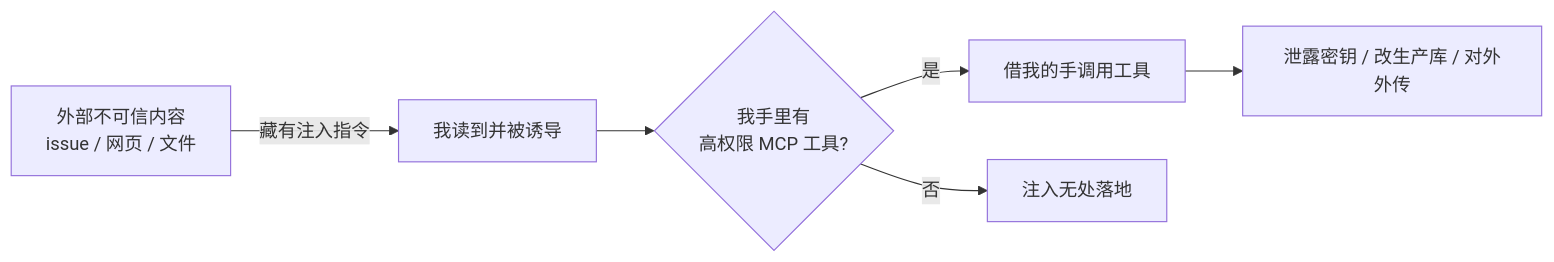
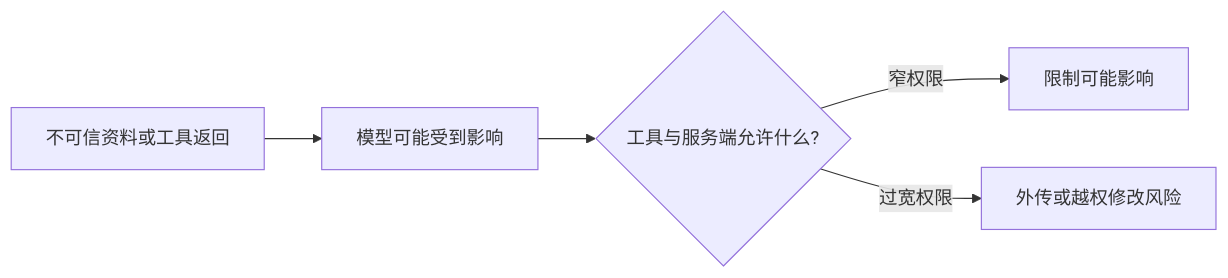
One commit to XuebinMa/AIWiki changed the diagram in docs/00-setup-collaboration/mcp-over-access.mdx. Above: the diagram before and after it, drawn with Mermaid. The commit also changed other lines of this file and 325 other files, not shown here.

````diff
--- a/docs/00-setup-collaboration/mcp-over-access.mdx
+++ b/docs/00-setup-collaboration/mcp-over-access.mdx
@@ -48,8 +44,7 @@
 ```mermaid
 flowchart LR
-    A[外部不可信内容<br/>issue / 网页 / 文件] -->|藏有注入指令| B[我读到并被诱导]
-    B --> C{我手里有<br/>高权限 MCP 工具?}
-    C -->|是| D[借我的手调用工具]
-    C -->|否| E[注入无处落地]
-    D --> F[泄露密钥 / 改生产库 / 对外外传]
+    A[不可信资料或工具返回] --> B[模型可能受到影响]
+    B --> C{工具与服务端允许什么?}
+    C -->|窄权限| D[限制可能影响]
+    C -->|过宽权限| E[外传或越权修改风险]
 ```
````
